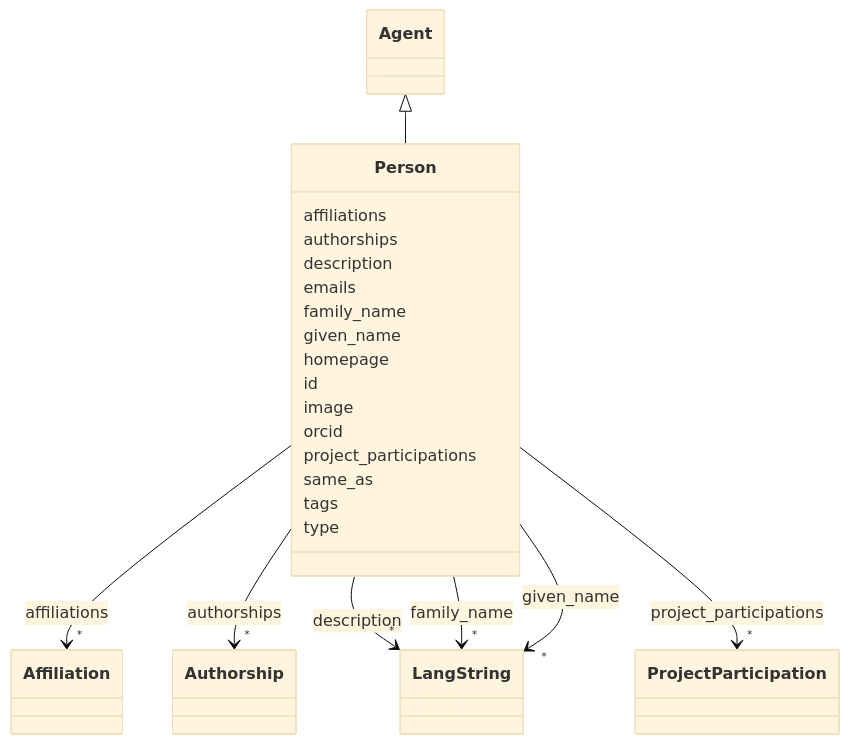
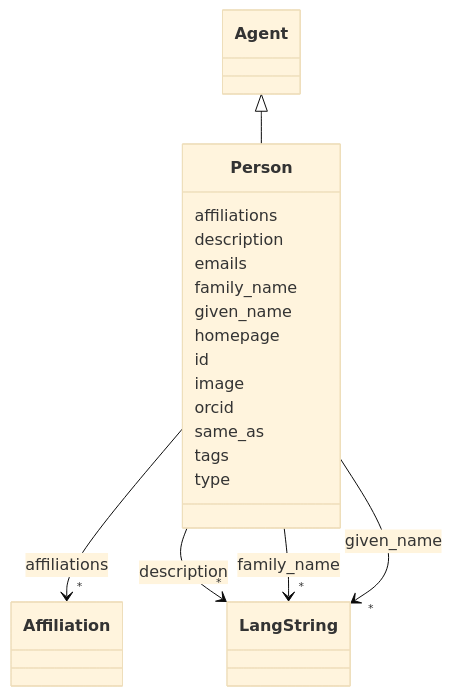
The diagram in docs/classes/Person.md (DARIAH-IL/idhi-manifests), drawn with Mermaid (base theme) before and after one commit. The commit also changed other lines of this file and 68 other files, not shown here.

```diff
--- a/docs/classes/Person.md
+++ b/docs/classes/Person.md
@@ -37,19 +37,6 @@
         Person --> "*" Affiliation : affiliations
         
         click Affiliation href "../../classes/Affiliation/"
-        
-    
-
-        
-      Person : authorships
-        
-          
-    
-        
-        
-        Person --> "*" Authorship : authorships
-        
-        click Authorship href "../../classes/Authorship/"
         
     
 
@@ -103,19 +90,6 @@
         
       Person : orcid
         
-      Person : project_participations
-        
-          
-    
-        
-        
-        Person --> "*" ProjectParticipation : project_participations
-        
-        click ProjectParticipation href "../../classes/ProjectParticipation/"
-        
-    
-
-        
       Person : same_as
         
       Person : tags
```
